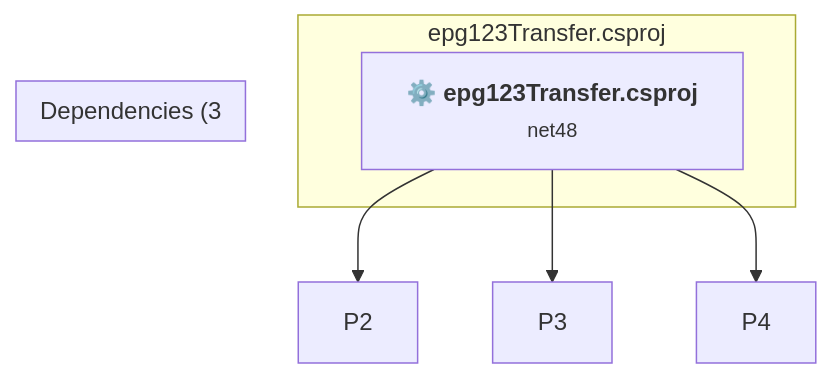
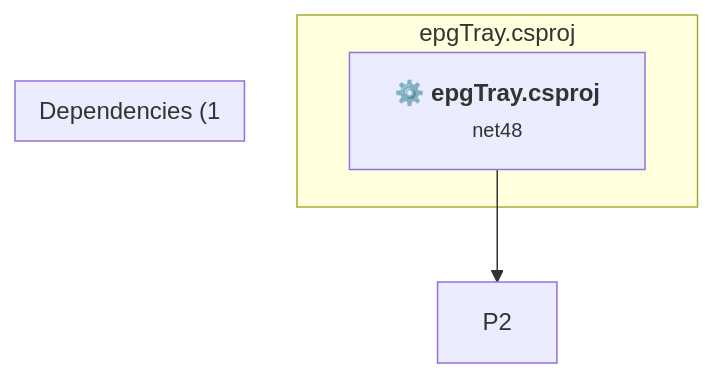
One commit to Kev506/epg123 changed the second of 2 diagrams in .github/upgrades/scenarios/dotnet-version-upgrade/assessment.md. Above: the diagram before and after it, drawn with Mermaid. The commit also changed other lines of this file and 10 other files, not shown here.

Commit message:
upgrade(01-validate-prerequisites): validate epgTray upgrade baseline

````diff
--- a/.github/upgrades/scenarios/dotnet-version-upgrade/assessment.md
+++ b/.github/upgrades/scenarios/dotnet-version-upgrade/assessment.md
@@ -182,13 +174,11 @@
 ```mermaid
 flowchart TB
-    subgraph current["epg123Transfer.csproj"]
-        MAIN["<b>⚙️&nbsp;epg123Transfer.csproj</b><br/><small>net48</small>"]
-        click MAIN "#epg123transfercsproj"
+    subgraph current["epgTray.csproj"]
+        MAIN["<b>⚙️&nbsp;epgTray.csproj</b><br/><small>net48</small>"]
+        click MAIN "#epgtraycsproj"
     end
-    subgraph downstream["Dependencies (3"]
+    subgraph downstream["Dependencies (1"]
     end
     MAIN --> P2
-    MAIN --> P3
-    MAIN --> P4
 
 ```
````
